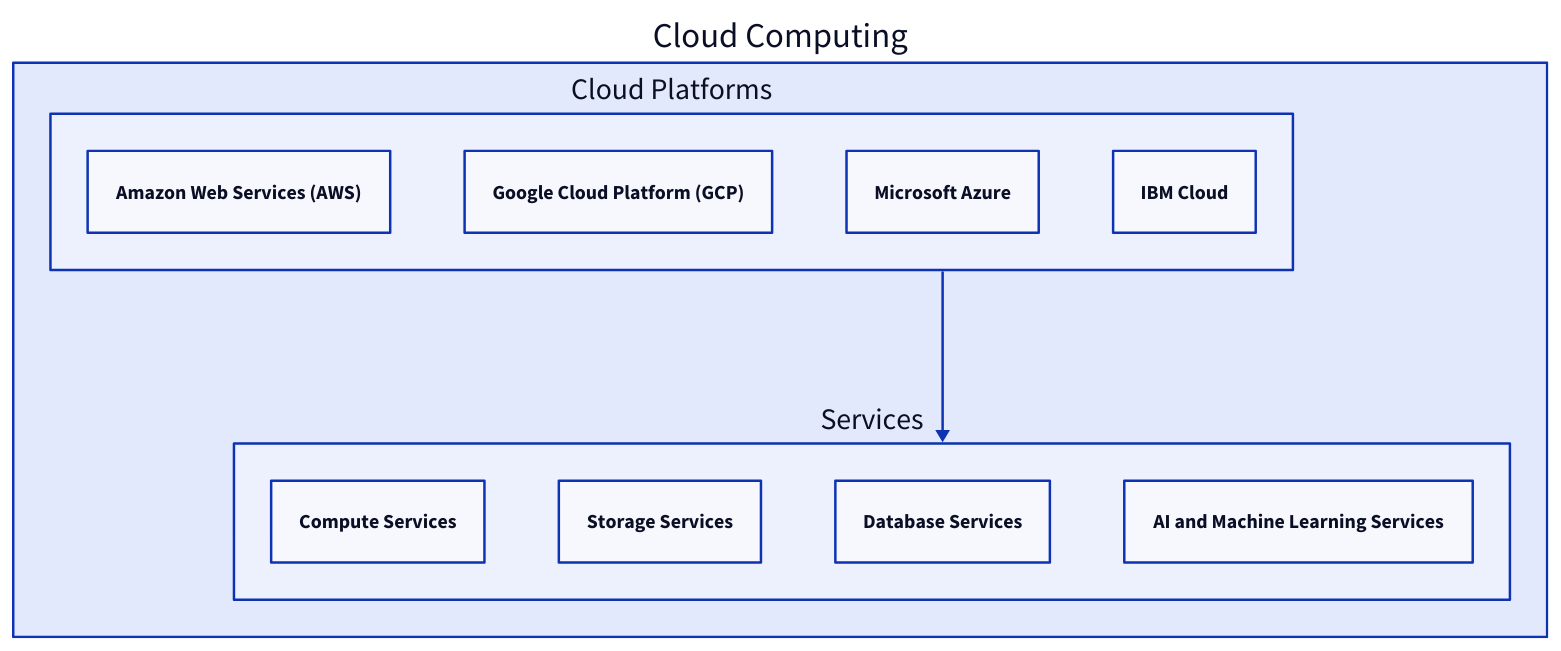
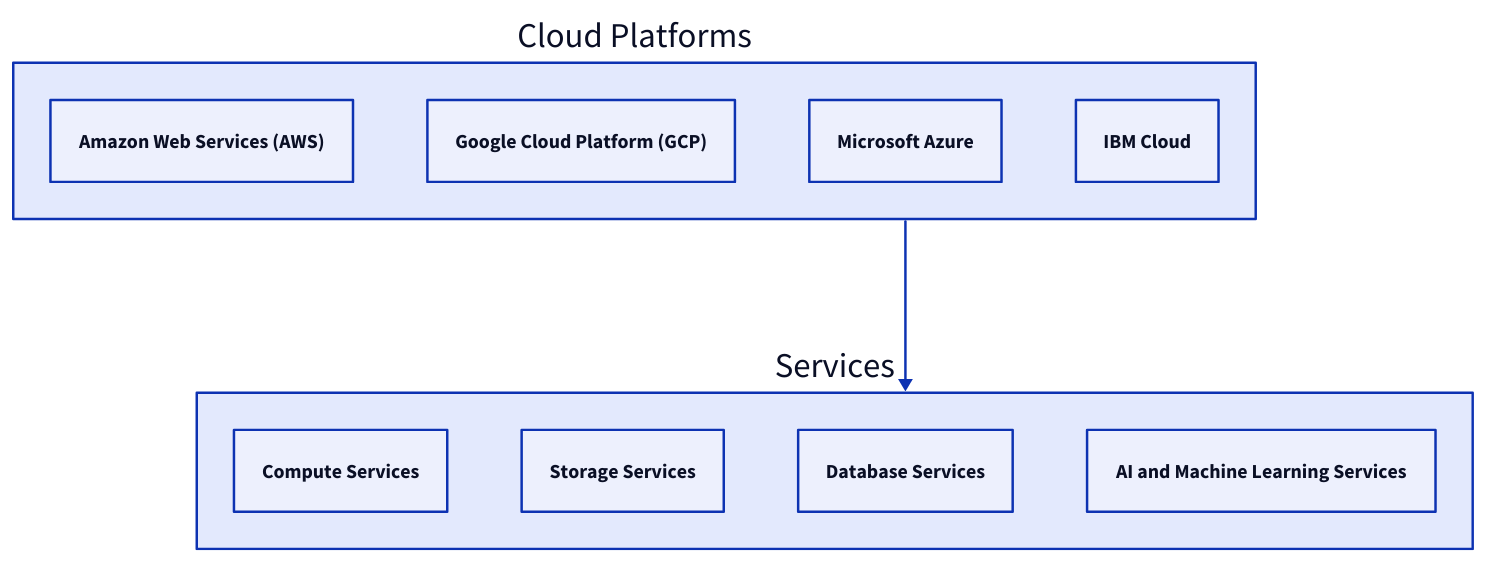
The diagram in blogs/computer-vision-road-map/cloud_computing.d2 (maycuatroi/blog), drawn with D2 before and after one commit. The commit also changed other lines of this file and 21 other files, not shown here.

Commit message:
- update roadmap

```diff
--- a/blogs/computer-vision-road-map/cloud_computing.d2
+++ b/blogs/computer-vision-road-map/cloud_computing.d2
@@ -1,35 +1,34 @@
 
-cloud_computing: {
+
     label: "Cloud Computing"
     cloud_platforms: {
       label: "Cloud Platforms"
       aws: {
         label: "Amazon Web Services (AWS)"
       }
       gcp: {
         label: "Google Cloud Platform (GCP)"
       }
       azure: {
         label: "Microsoft Azure"
       }
       ibm_cloud: {
         label: "IBM Cloud"
       }
     }
     services: {
       label: "Services"
       compute_services: {
         label: "Compute Services"
       }
       storage_services: {
         label: "Storage Services"
       }
       database_services: {
         label: "Database Services"
       }
       ai_ml_services: {
         label: "AI and Machine Learning Services"
       }
     }
     cloud_platforms -> services
-  }
```
